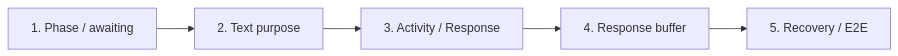
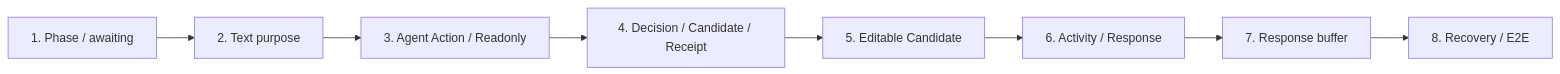
One commit to Floribunda1/reflecta changed the third of 3 diagrams in docs/iterations/v1.2.6/agent-chat-experience-implementation-plan.md. Above: the diagram before and after it, drawn with Mermaid. The commit also changed other lines of this file and 1 other file, not shown here.

Commit message:
docs(agent): redesign tool action experience

````diff
--- a/docs/iterations/v1.2.6/agent-chat-experience-implementation-plan.md
+++ b/docs/iterations/v1.2.6/agent-chat-experience-implementation-plan.md
@@ -1225,10 +2000,13 @@
 ```mermaid
 flowchart LR
   S1["1. Phase / awaiting"]
   S2["2. Text purpose"]
-  S3["3. Activity / Response"]
-  S4["4. Response buffer"]
-  S5["5. Recovery / E2E"]
+  S3["3. Agent Action / Readonly"]
+  S4["4. Decision / Candidate / Receipt"]
+  S5["5. Editable Candidate"]
+  S6["6. Activity / Response"]
+  S7["7. Response buffer"]
+  S8["8. Recovery / E2E"]
 
-  S1 --> S2 --> S3 --> S4 --> S5
+  S1 --> S2 --> S3 --> S4 --> S5 --> S6 --> S7 --> S8
 ```
````
